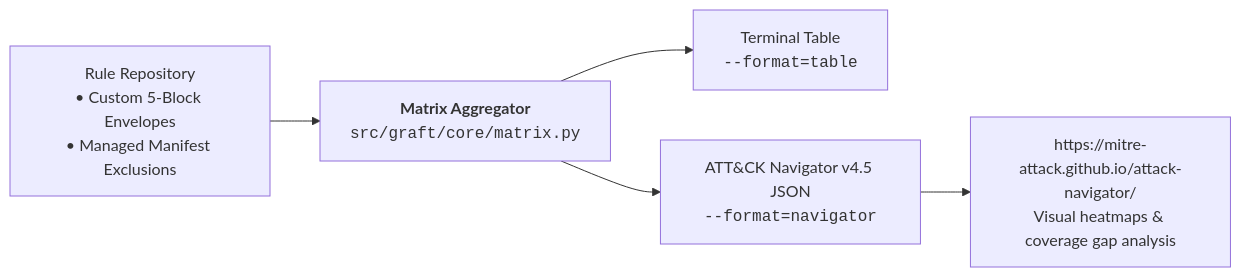
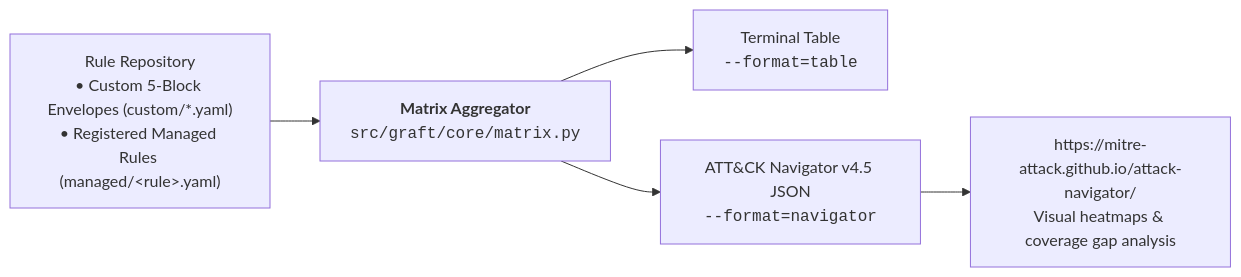
One commit to lopes/graft changed the diagram in docs/analysts/visibility_and_matrix.md. Above: the diagram before and after it, drawn with Mermaid. The commit also changed 51 other files, not shown here.

First line of the commit message:
managed rule registration (#22)

````diff
--- a/docs/analysts/visibility_and_matrix.md
+++ b/docs/analysts/visibility_and_matrix.md
@@ -11,8 +11,8 @@
 ```mermaid
 flowchart LR
-    RULES["Rule Repository<br/>• Custom 5-Block Envelopes<br/>• Managed Manifest Exclusions"] --> EXTRACT["<b>Matrix Aggregator</b><br/><code>src/graft/core/matrix.py</code>"]
+    RULES["Rule Repository<br/>• Custom 5-Block Envelopes (custom/*.yaml)<br/>• Registered Managed Rules (managed/&lt;rule&gt;.yaml)"] --> EXTRACT["<b>Matrix Aggregator</b><br/><code>src/graft/core/matrix.py</code>"]
     EXTRACT --> TABLE["Terminal Table<br/><code>--format=table</code>"]
     EXTRACT --> NAV["ATT&CK Navigator v4.5 JSON<br/><code>--format=navigator</code>"]
 
     NAV --> NAV_UI["https://mitre-attack.github.io/attack-navigator/<br/>Visual heatmaps & coverage gap analysis"]
 ```
````
